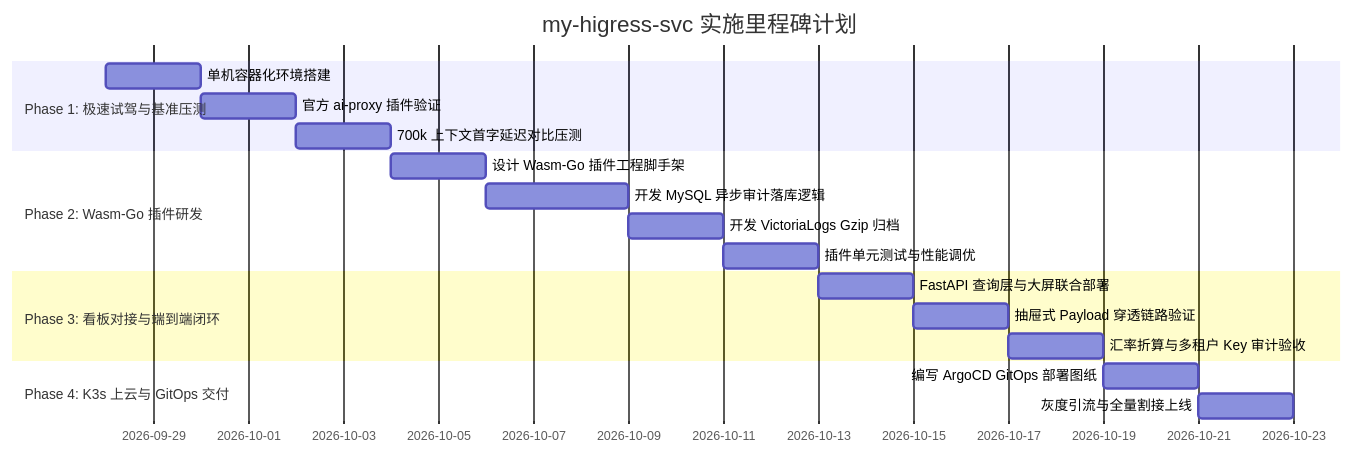
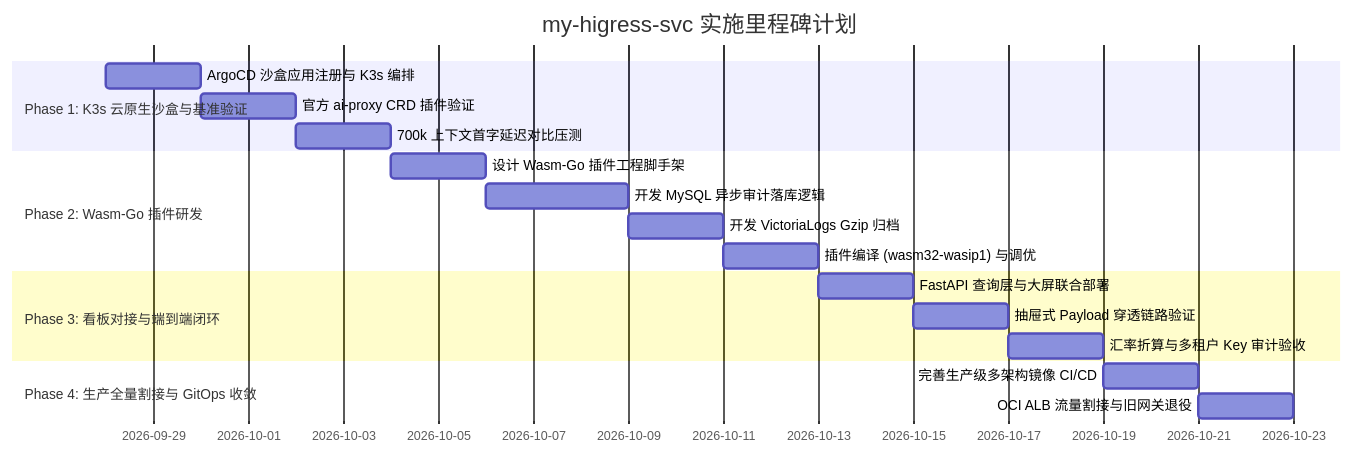
Before and after one commit to nvd11/my-higress-svc: the diagram in docs/DELIVERY_GOALS.md, drawn with Mermaid. The commit also changed other lines of this file and 1 other file, not shown here.

Commit message:
docs: replace docker-compose sandbox with K3s ArgoCD GitOps deployment aligned with litellm-svc

````diff
--- a/docs/DELIVERY_GOALS.md
+++ b/docs/DELIVERY_GOALS.md
@@ -25,21 +25,21 @@
 ```mermaid
 gantt
     title my-higress-svc 实施里程碑计划
     dateFormat  YYYY-MM-DD
-    section Phase 1: 极速试驾与基准压测
-    单机容器化环境搭建          :p1_1, 2026-09-28, 2d
-    官方 ai-proxy 插件验证      :p1_2, after p1_1, 2d
-    700k 上下文首字延迟对比压测   :p1_3, after p1_2, 2d
+    section Phase 1: K3s 云原生沙盒与基准验证
+    ArgoCD 沙盒应用注册与 K3s 编排  :p1_1, 2026-09-28, 2d
+    官方 ai-proxy CRD 插件验证      :p1_2, after p1_1, 2d
+    700k 上下文首字延迟对比压测      :p1_3, after p1_2, 2d
     section Phase 2: Wasm-Go 插件研发
-    设计 Wasm-Go 插件工程脚手架  :p2_1, after p1_3, 2d
-    开发 MySQL 异步审计落库逻辑 :p2_2, after p2_1, 3d
-    开发 VictoriaLogs Gzip 归档 :p2_3, after p2_2, 2d
-    插件单元测试与性能调优      :p2_4, after p2_3, 2d
+    设计 Wasm-Go 插件工程脚手架     :p2_1, after p1_3, 2d
+    开发 MySQL 异步审计落库逻辑     :p2_2, after p2_1, 3d
+    开发 VictoriaLogs Gzip 归档     :p2_3, after p2_2, 2d
+    插件编译 (wasm32-wasip1) 与调优 :p2_4, after p2_3, 2d
     section Phase 3: 看板对接与端到端闭环
-    FastAPI 查询层与大屏联合部署 :p3_1, after p2_4, 2d
-    抽屉式 Payload 穿透链路验证  :p3_2, after p3_1, 2d
-    汇率折算与多租户 Key 审计验收 :p3_3, after p3_2, 2d
-    section Phase 4: K3s 上云与 GitOps 交付
-    编写 ArgoCD GitOps 部署图纸  :p4_1, after p3_3, 2d
-    灰度引流与全量割接上线      :p4_2, after p4_1, 2d
+    FastAPI 查询层与大屏联合部署    :p3_1, after p2_4, 2d
+    抽屉式 Payload 穿透链路验证     :p3_2, after p3_1, 2d
+    汇率折算与多租户 Key 审计验收    :p3_3, after p3_2, 2d
+    section Phase 4: 生产全量割接与 GitOps 收敛
+    完善生产级多架构镜像 CI/CD     :p4_1, after p3_3, 2d
+    OCI ALB 流量割接与旧网关退役     :p4_2, after p4_1, 2d
 ```
````
